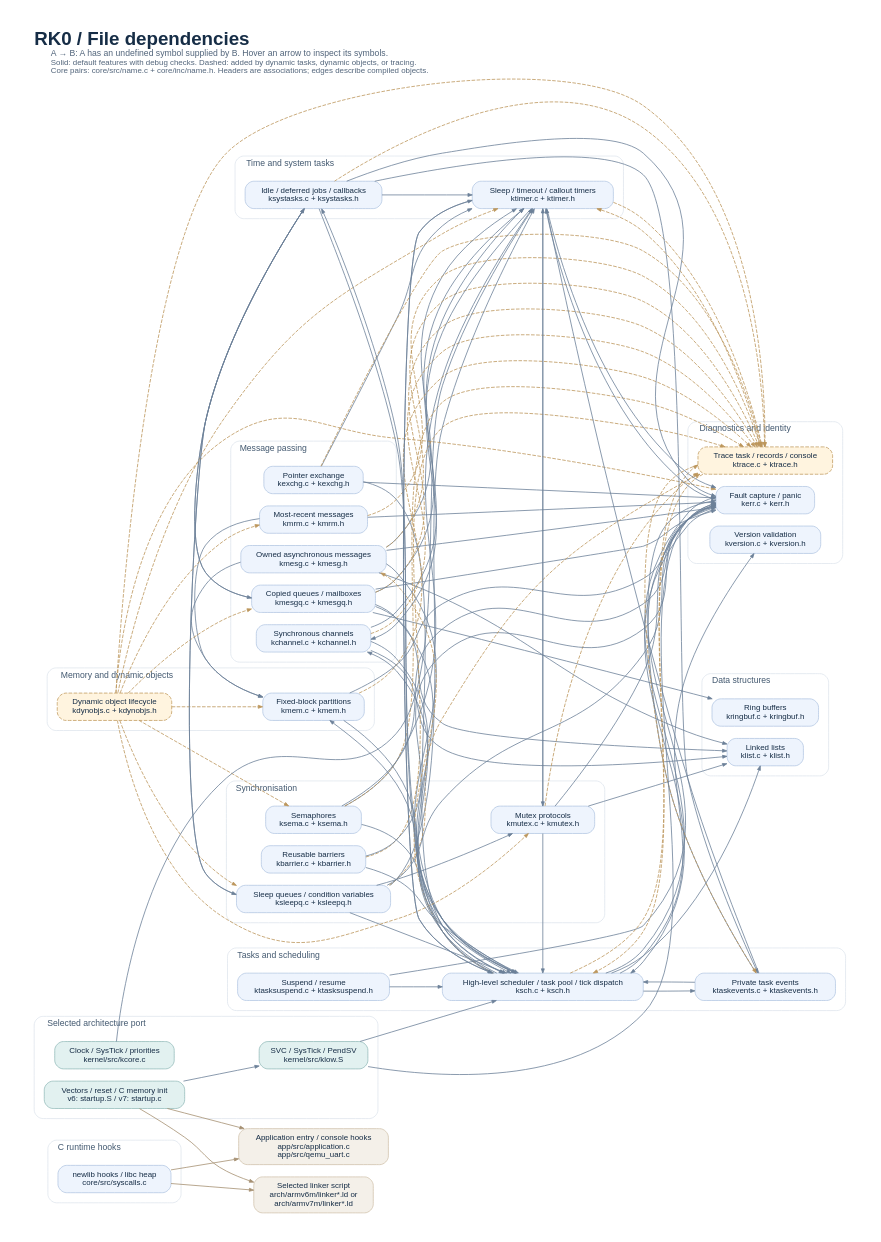
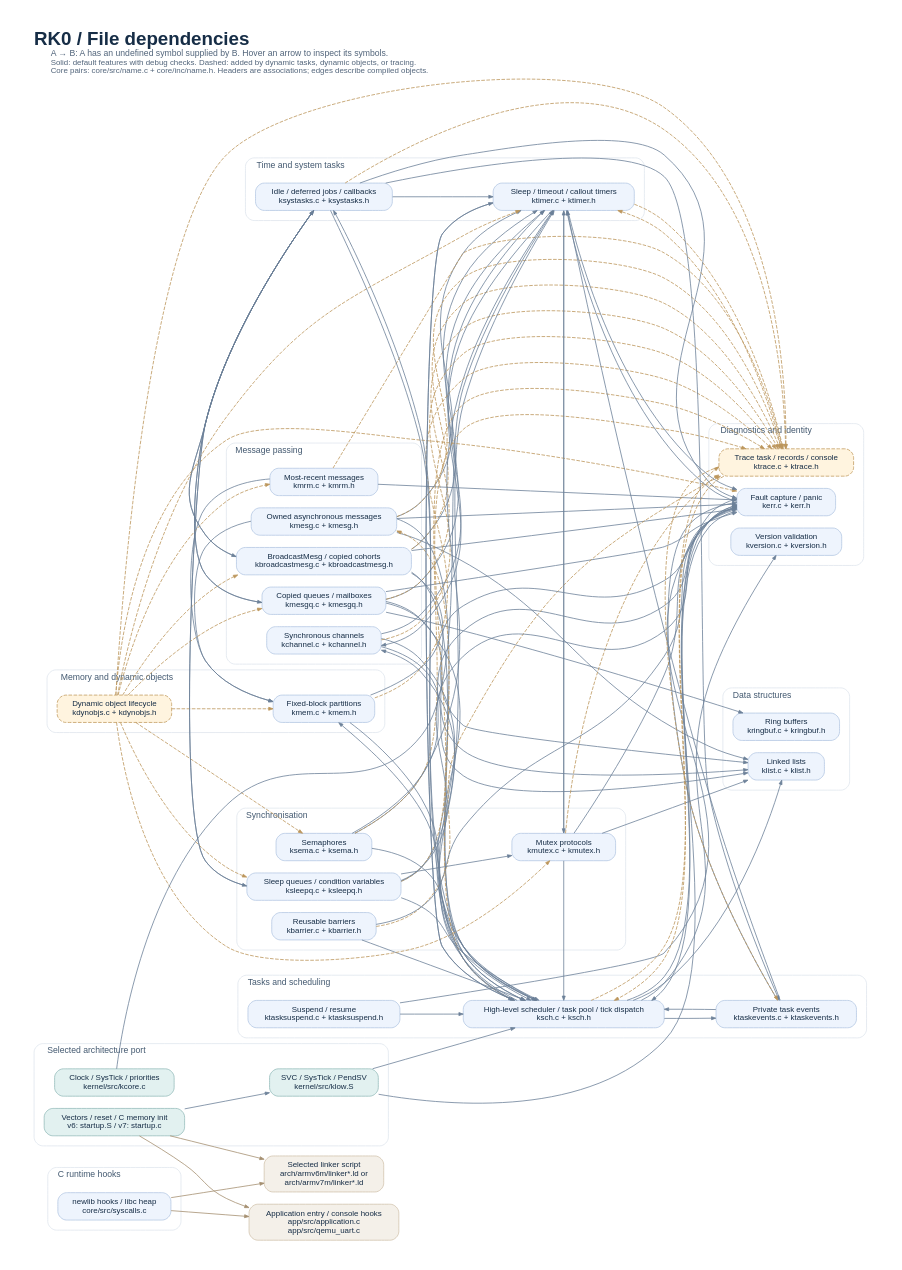
Before and after one commit to antoniogiacomelli/RK0: the diagram in docs/diagrams/kernel-dependencies.dot, drawn with Graphviz. The commit also changed 91 other files, not shown here.

```diff
--- a/docs/diagrams/kernel-dependencies.dot
+++ b/docs/diagrams/kernel-dependencies.dot
@@ -14,8 +14,8 @@
   subgraph cluster_0 {
     label="Message passing";
     color="#dce4ec"; style="rounded"; fontcolor="#435970"; margin=14;
-    kexchg [label="Pointer exchange\nkexchg.c + kexchg.h", URL="../../core/src/kexchg.c", tooltip="core/src/kexchg.c"];
     kmesgq [label="Copied queues / mailboxes\nkmesgq.c + kmesgq.h", URL="../../core/src/kmesgq.c", tooltip="core/src/kmesgq.c"];
+    kbroadcastmesg [label="BroadcastMesg / copied cohorts\nkbroadcastmesg.c + kbroadcastmesg.h", URL="../../core/src/kbroadcastmesg.c", tooltip="core/src/kbroadcastmesg.c"];
     kmesg [label="Owned asynchronous messages\nkmesg.c + kmesg.h", URL="../../core/src/kmesg.c", tooltip="core/src/kmesg.c"];
     kchannel [label="Synchronous channels\nkchannel.c + kchannel.h", URL="../../core/src/kchannel.c", tooltip="core/src/kchannel.c"];
     kmrm [label="Most-recent messages\nkmrm.c + kmrm.h", URL="../../core/src/kmrm.c", tooltip="core/src/kmrm.c"];
@@ -79,6 +79,7 @@
   kchannel -> ksch [tooltip="kchannel -> ksch: RK_gRunPtr, kPendCtxSwtch, kReadySwtch, kTaskUpdateEffectivePrioChain"];
   kchannel -> ktimer [tooltip="kchannel -> ktimer: kTickGet, kTimeoutNodeAdd, kTimeoutNodeDisarm, kTimeoutNodeIsArmed, kTimeoutNodeReset"];
   kchannel -> ktrace [tooltip="kchannel -> ktrace: kTraceRecordObject, kTraceRegisterObject, kTraceUnregisterObject", style=dashed, color="#bc965c"];
+  kdynobjs -> kbroadcastmesg [tooltip="kdynobjs -> kbroadcastmesg: kBroadcastMesgInitCeiling", style=dashed, color="#bc965c"];
   kdynobjs -> kerr [tooltip="kdynobjs -> kerr: kErrHandler", style=dashed, color="#bc965c"];
   kdynobjs -> kmem [tooltip="kdynobjs -> kmem: kMemPartitionAlloc, kMemPartitionFree, kMemPartitionInit", style=dashed, color="#bc965c"];
   kdynobjs -> kmesgq [tooltip="kdynobjs -> kmesgq: kMesgQueueInit", style=dashed, color="#bc965c"];
@@ -90,10 +91,6 @@
   kdynobjs -> ktrace [tooltip="kdynobjs -> ktrace: kTraceObjectNameSet, kTraceRecordObject, kTraceUnregisterObject", style=dashed, color="#bc965c"];
   kerr -> ksch [tooltip="kerr -> ksch: RK_gRunPtr"];
   kerr -> ktimer [tooltip="kerr -> ktimer: kTickGet, kTickGetMs"];
-  kexchg -> kerr [tooltip="kexchg -> kerr: kErrHandler"];
-  kexchg -> ksch [tooltip="kexchg -> ksch: RK_gRunPtr, kPendCtxSwtch, kReadyNoSwtch, kReadySwtch, kReschedTask, kTCBQInit, kWaitQDeq, kWaitQEnqByPrio"];
-  kexchg -> ktimer [tooltip="kexchg -> ktimer: kRemoveTimeoutNode, kTickGet, kTimeoutNodeAdd, kTimeoutNodeAddUntil"];
-  kexchg -> ktrace [tooltip="kexchg -> ktrace: kTraceRecordObject, kTraceRegisterObject", style=dashed, color="#bc965c"];
   kmem -> kerr [tooltip="kmem -> kerr: kErrHandler"];
   kmem -> ksch [tooltip="kmem -> ksch: kTCBQInit"];
   kmem -> ktrace [tooltip="kmem -> ktrace: kTraceRecordObject, kTraceRegisterObject", style=dashed, color="#bc965c"];
@@ -103,13 +100,6 @@
   kmesg -> ksch [tooltip="kmesg -> ksch: RK_gRunPtr, kPendCtxSwtch, kReadySwtch, kTCBQPeek, kTaskUpdateEffectivePrioChain, kWaitQDeq, kWaitQEnqByPrio, kWaitQEnqTail"];
   kmesg -> ktimer [tooltip="kmesg -> ktimer: kRemoveTimeoutNode, kTickGet, kTimeoutNodeAddUntil, kTimeoutNodeDisarm, kTimeoutNodeReset"];
   kmesg -> ktrace [tooltip="kmesg -> ktrace: kTraceRecordObject, kTraceRegisterObject, kTraceUnregisterObject", style=dashed, color="#bc965c"];
-  kmesgq -> kerr [tooltip="kmesgq -> kerr: kErrHandler"];
-  kmesgq -> klist [tooltip="kmesgq -> klist: kListInit"];
-  kmesgq -> kringbuf [tooltip="kmesgq -> kringbuf: kRingBufInit, kRingBufJam, kRingBufOverwrite, kRingBufPeek, kRingBufRead, kRingBufReset, kRingBufWrite"];
-  kmesgq -> ksch [tooltip="kmesgq -> ksch: RK_gRunPtr, kPendCtxSwtch, kReadyNoSwtch, kReadySwtch, kReschedTask, kTaskUpdateEffectivePrioChain, kWaitQDeq, kWaitQEnqByPrio, kWaitQRemove"];
-  kmesgq -> ksystasks [tooltip="kmesgq -> ksystasks: kPostProcJobEnq"];
-  kmesgq -> ktimer [tooltip="kmesgq -> ktimer: kRemoveTimeoutNode, kTickGet, kTimeoutNodeAddUntil"];
-  kmesgq -> ktrace [tooltip="kmesgq -> ktrace: kTraceRecordObject, kTraceRegisterObject", style=dashed, color="#bc965c"];
   kmrm -> kerr [tooltip="kmrm -> kerr: kErrHandler"];
   kmrm -> kmem [tooltip="kmrm -> kmem: kMemPartitionAlloc, kMemPartitionFree, kMemPartitionInit"];
   kmrm -> ktrace [tooltip="kmrm -> ktrace: kTraceRecordObject, kTraceRegisterObject, kTraceUnregisterObject", style=dashed, color="#bc965c"];
@@ -138,8 +128,22 @@
   ksleepq -> ksystasks [tooltip="ksleepq -> ksystasks: kPostProcJobEnq"];
   ksleepq -> ktimer [tooltip="ksleepq -> ktimer: kRemoveTimeoutNode, kTickGet, kTimeoutNodeAdd"];
   ksleepq -> ktrace [tooltip="ksleepq -> ktrace: kTraceRecordObject, kTraceRegisterObject", style=dashed, color="#bc965c"];
+  kmesgq -> kerr [tooltip="kmesgq -> kerr: kErrHandler"];
+  kmesgq -> klist [tooltip="kmesgq -> klist: kListInit"];
+  kmesgq -> kringbuf [tooltip="kmesgq -> kringbuf: kRingBufInit, kRingBufJam, kRingBufOverwrite, kRingBufPeek, kRingBufRead, kRingBufReset, kRingBufWrite"];
+  kmesgq -> ksch [tooltip="kmesgq -> ksch: RK_gRunPtr, kPendCtxSwtch, kReadyNoSwtch, kReadySwtch, kReschedTask, kWaitQDeq, kWaitQEnqByPrio, kWaitQRemove"];
+  kmesgq -> ksystasks [tooltip="kmesgq -> ksystasks: kPostProcJobEnq"];
+  kmesgq -> ktimer [tooltip="kmesgq -> ktimer: kRemoveTimeoutNode, kTickGet, kTimeoutNodeAddUntil"];
+  kmesgq -> ktrace [tooltip="kmesgq -> ktrace: kTraceRecordObject, kTraceRegisterObject", style=dashed, color="#bc965c"];
+  kbroadcastmesg -> kerr [tooltip="kbroadcastmesg -> kerr: kErrHandler"];
+  kbroadcastmesg -> klist [tooltip="kbroadcastmesg -> klist: kListInit"];
+  kbroadcastmesg -> ksch [tooltip="kbroadcastmesg -> ksch: RK_gRunPtr, kPendCtxSwtch, kReadyNoSwtch, kReadySwtch, kReschedRunning, kSchLock, kSchUnlock, kTaskUpdateEffectivePrioChain, kWaitQEnqByPrio, kWaitQRemove"];
+  kbroadcastmesg -> ksystasks [tooltip="kbroadcastmesg -> ksystasks: kPostProcJobEnq"];
+  kbroadcastmesg -> ktimer [tooltip="kbroadcastmesg -> ktimer: kRemoveTimeoutNode, kTickGet, kTimeoutNodeAddUntil"];
+  kbroadcastmesg -> ktrace [tooltip="kbroadcastmesg -> ktrace: kTraceRecordObject, kTraceRegisterObject", style=dashed, color="#bc965c"];
   ksystasks -> kerr [tooltip="ksystasks -> kerr: kErrHandler, kPanic"];
-  ksystasks -> kmesgq [tooltip="ksystasks -> kmesgq: kMesgQueueBroadcastWake, kMesgQueueReset"];
+  ksystasks -> kbroadcastmesg [tooltip="ksystasks -> kbroadcastmesg: kBroadcastMesgWake"];
+  ksystasks -> kmesgq [tooltip="ksystasks -> kmesgq: kMesgQueueReset"];
   ksystasks -> ksch [tooltip="ksystasks -> ksch: RK_gPostProcTaskHandle, RK_gTimerListHeadPtr, kTaskTerminate"];
   ksystasks -> ksleepq [tooltip="ksystasks -> ksleepq: kSleepQueueWake"];
   ksystasks -> ktaskevents [tooltip="ksystasks -> ktaskevents: kEventGet, kEventSet"];
```
